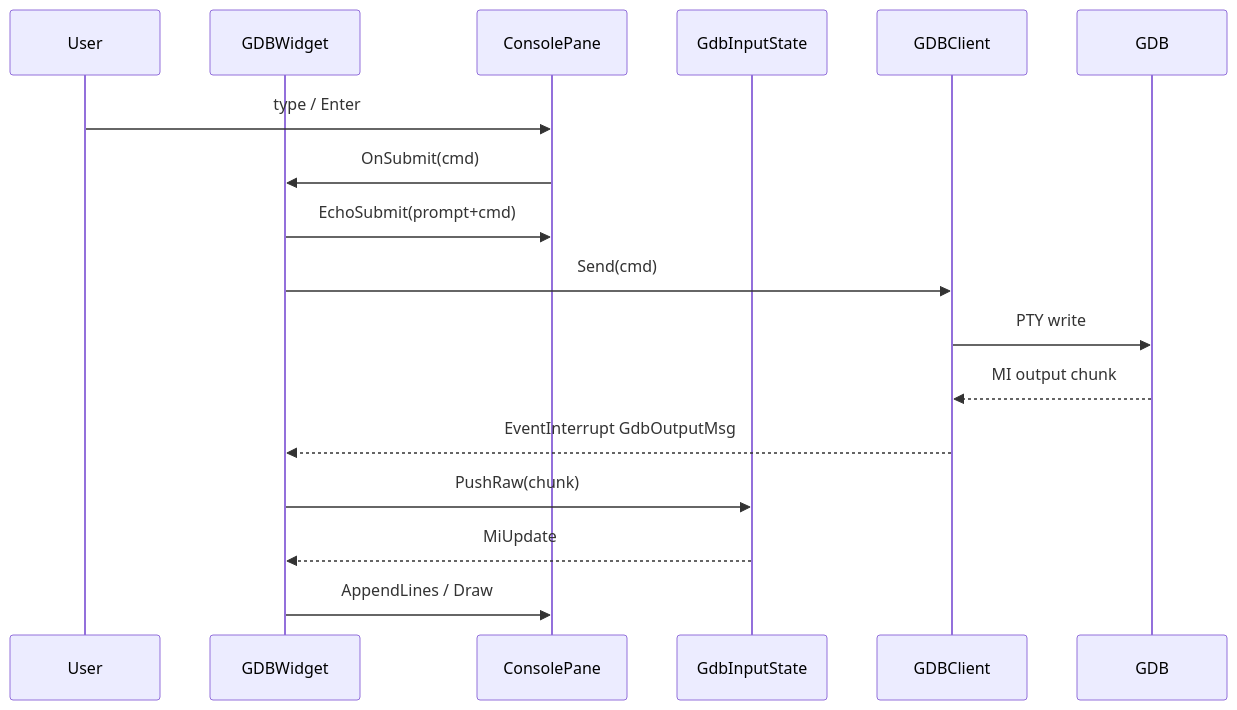
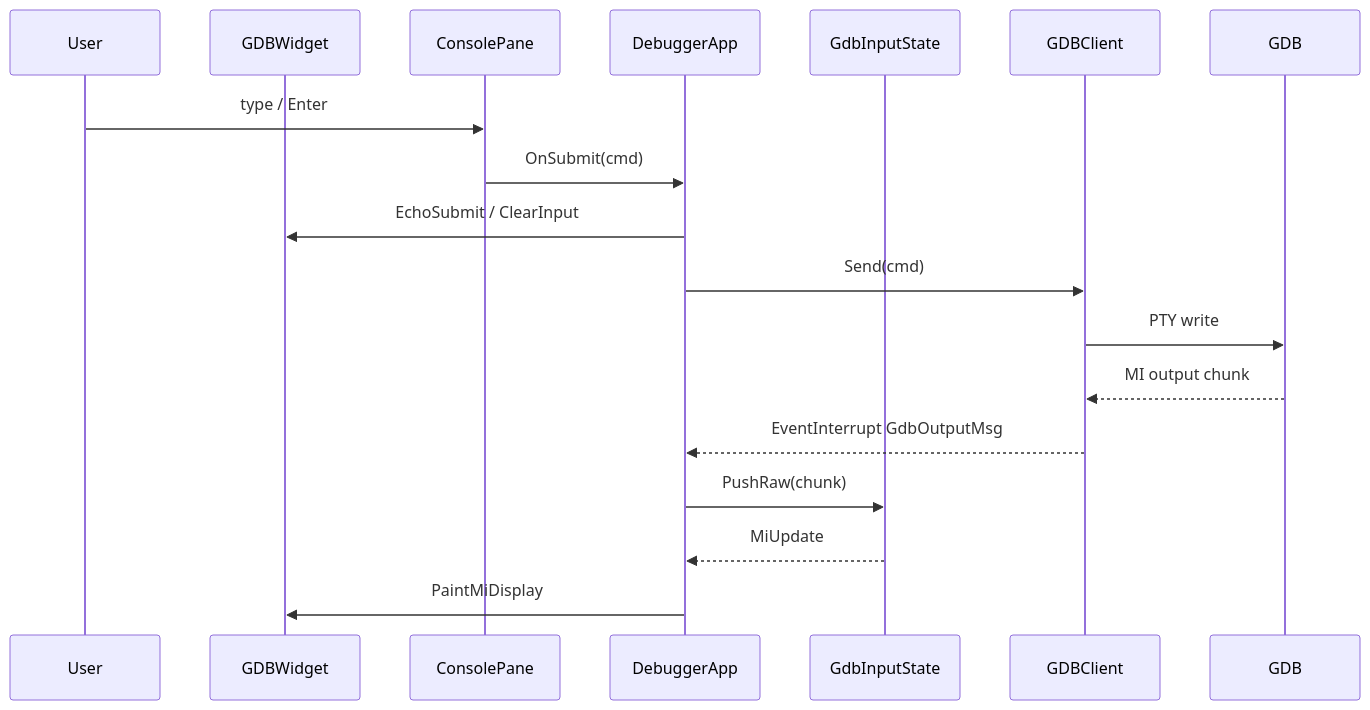
One commit to yairgd/gdbforge changed the fifth of 6 diagrams in docs/DEBUGGER_INTEGRATION.md. Above: the diagram before and after it, drawn with Mermaid. The commit also changed other lines of this file and 37 other files, not shown here.

First line of the commit message:
Refactor remaining panes to MVC and document the architecture.

````diff
--- a/docs/DEBUGGER_INTEGRATION.md
+++ b/docs/DEBUGGER_INTEGRATION.md
@@ -471,20 +483,21 @@
 ```mermaid
 sequenceDiagram
     participant User
     participant GDBW as GDBWidget
     participant Cons as ConsolePane
+    participant Ctrl as DebuggerApp
     participant State as GdbInputState
     participant Client as GDBClient
     participant GDB as GDB
 
     User->>Cons: type / Enter
-    Cons->>GDBW: OnSubmit(cmd)
-    GDBW->>Cons: EchoSubmit(prompt+cmd)
-    GDBW->>Client: Send(cmd)
+    Cons->>Ctrl: OnSubmit(cmd)
+    Ctrl->>GDBW: EchoSubmit / ClearInput
+    Ctrl->>Client: Send(cmd)
     Client->>GDB: PTY write
     GDB-->>Client: MI output chunk
-    Client-->>GDBW: EventInterrupt GdbOutputMsg
-    GDBW->>State: PushRaw(chunk)
-    State-->>GDBW: MiUpdate
-    GDBW->>Cons: AppendLines / Draw
+    Client-->>Ctrl: EventInterrupt GdbOutputMsg
+    Ctrl->>State: PushRaw(chunk)
+    State-->>Ctrl: MiUpdate
+    Ctrl->>GDBW: PaintMiDisplay
 ```
````
